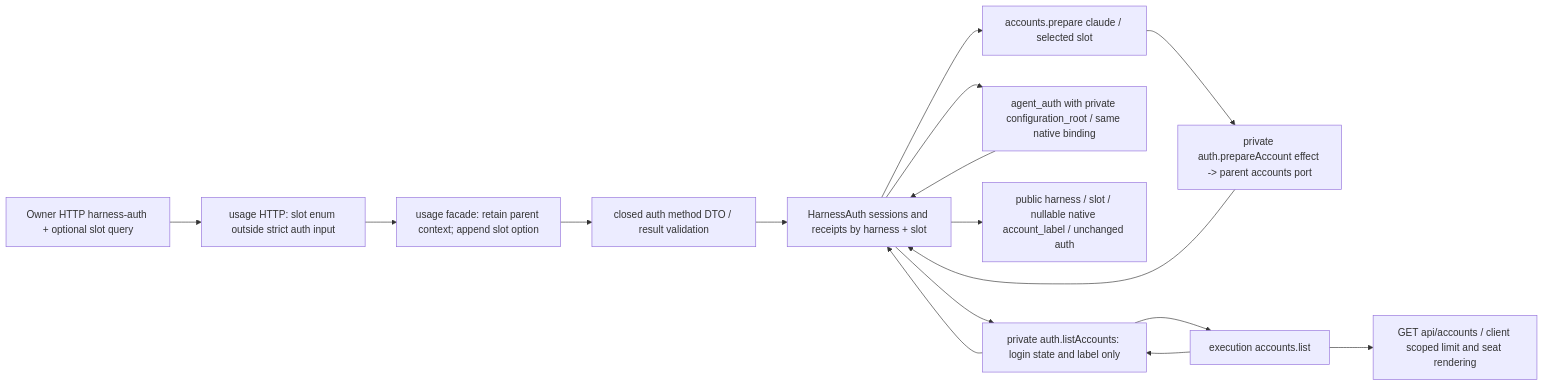
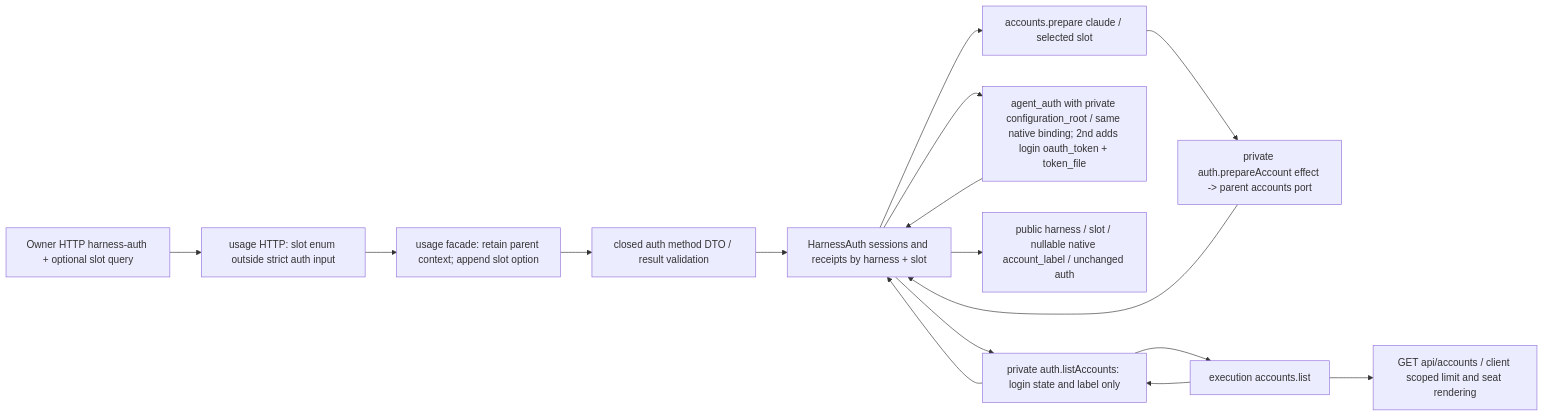
Before and after one commit to kitepon/BellTeam: the diagram in docs/architecture/modules/usage/harness-accounts.md, drawn with Mermaid. The commit also changed other lines of this file and 6 other files, not shown here.

First line of the commit message:
Claude 2nd login card writes the seat oauth-token via Aiterm setup-token

````diff
--- a/docs/architecture/modules/usage/harness-accounts.md
+++ b/docs/architecture/modules/usage/harness-accounts.md
@@ -7,18 +7,18 @@
 ```mermaid
 flowchart LR
   Web[Owner HTTP harness-auth + optional slot query] --> API[usage HTTP: slot enum outside strict auth input]
   API --> Facade[usage facade: retain parent context; append slot option]
   Facade --> Schema[closed auth method DTO / result validation]
   Schema --> Auth[HarnessAuth sessions and receipts by harness + slot]
   Auth --> Prepare[accounts.prepare claude / selected slot]
   Prepare --> Private[private auth.prepareAccount effect -> parent accounts port]
   Private --> Auth
-  Auth --> Native[agent_auth with private configuration_root / same native binding]
+  Auth --> Native[agent_auth with private configuration_root / same native binding; 2nd adds login oauth_token + token_file]
   Native --> Auth
   Auth --> View[public harness / slot / nullable native account_label / unchanged auth]
   Auth --> Login[private auth.listAccounts: login state and label only]
   Login --> Accounts[execution accounts.list]
   Accounts --> Login
   Login --> Auth
   Accounts --> Card[GET api/accounts / client scoped limit and seat rendering]
 ```
````
